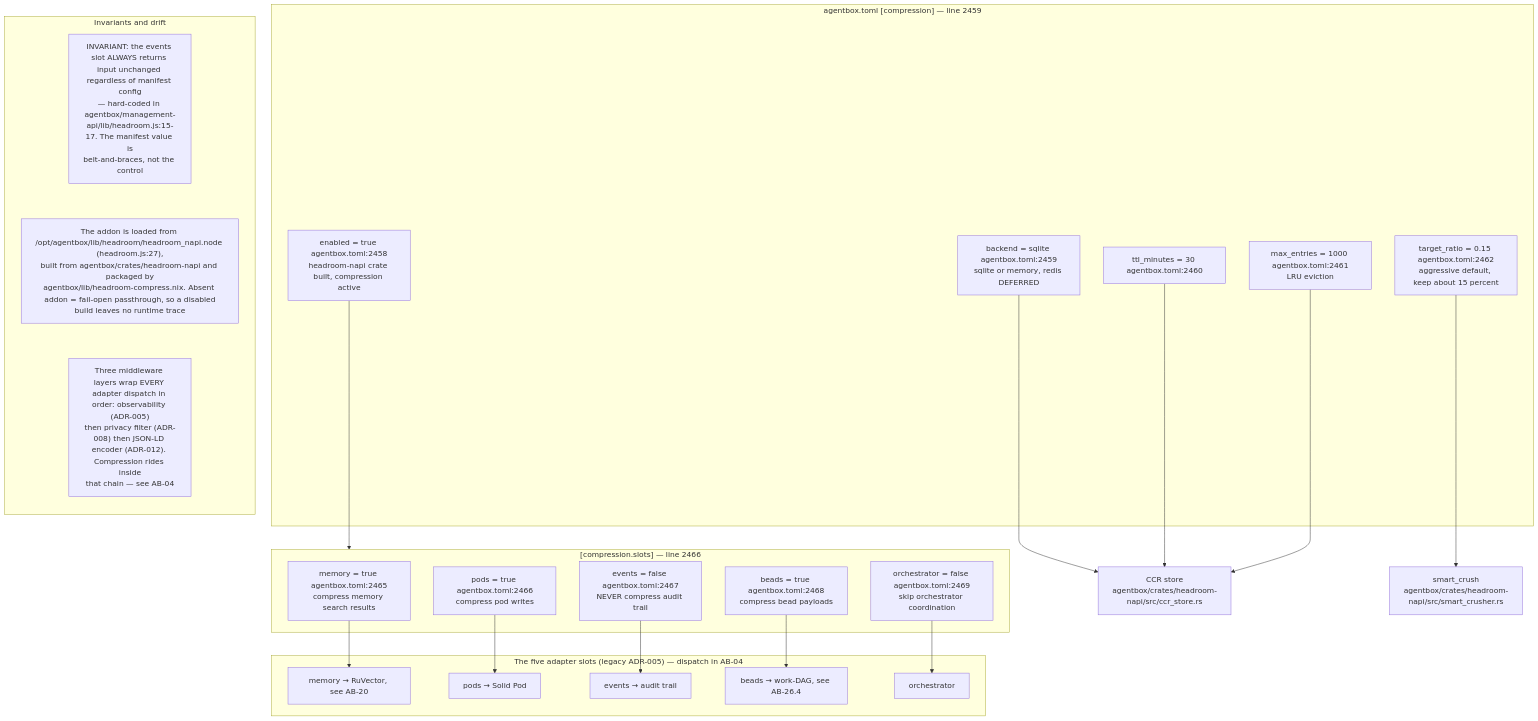
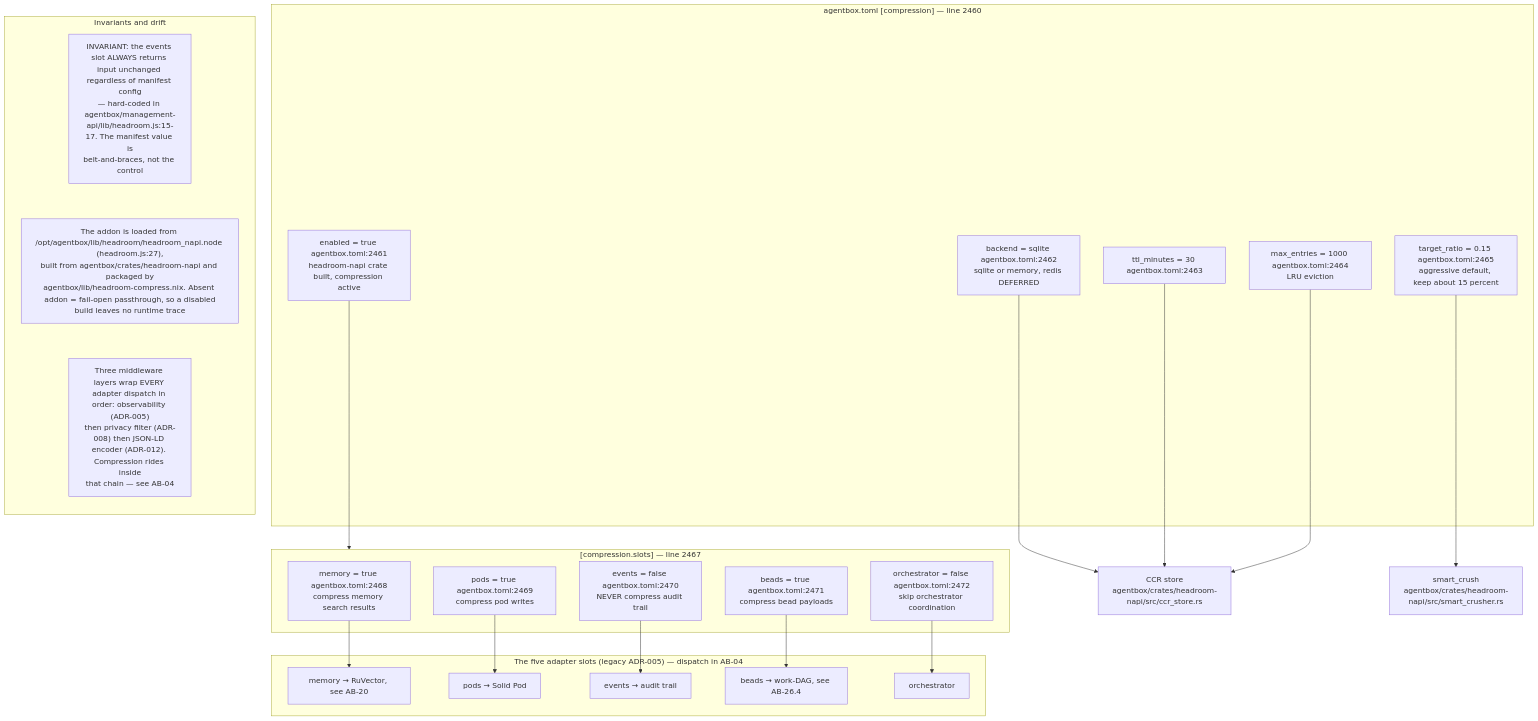
One commit to DreamLab-AI/VisionFlow changed the ninth of 9 diagrams in docs/diagrams/agentbox/26-headroom-beads-spawn-brain.md. Above: the diagram before and after it, drawn with Mermaid. The commit also changed other lines of this file and 142 other files, not shown here.

First line of the commit message:
docs(diagrams): one System One route; re-verify 140 topics at today's heads

````diff
--- a/docs/diagrams/agentbox/26-headroom-beads-spawn-brain.md
+++ b/docs/diagrams/agentbox/26-headroom-beads-spawn-brain.md
@@ -367,41 +368,41 @@
 ```mermaid
 flowchart TB
-    subgraph man["agentbox.toml [compression] — line 2459"]
-        E["enabled = true agentbox.toml:2458<br/>headroom-napi crate built, compression active"]
-        B["backend = sqlite agentbox.toml:2459<br/>sqlite or memory, redis DEFERRED"]
-        T["ttl_minutes = 30 agentbox.toml:2460"]
-        M["max_entries = 1000 agentbox.toml:2461<br/>LRU eviction"]
-        R["target_ratio = 0.15 agentbox.toml:2462<br/>aggressive default, keep about 15 percent"]
+    subgraph man["agentbox.toml [compression] — line 2460"]
+        E["enabled = true agentbox.toml:2461<br/>headroom-napi crate built, compression active"]
+        B["backend = sqlite agentbox.toml:2462<br/>sqlite or memory, redis DEFERRED"]
+        T["ttl_minutes = 30 agentbox.toml:2463"]
+        M["max_entries = 1000 agentbox.toml:2464<br/>LRU eviction"]
+        R["target_ratio = 0.15 agentbox.toml:2465<br/>aggressive default, keep about 15 percent"]
     end
-    subgraph slots["[compression.slots] — line 2466"]
-        S1["memory = true agentbox.toml:2465<br/>compress memory search results"]
-        S2["pods = true agentbox.toml:2466<br/>compress pod writes"]
-        S3["events = false agentbox.toml:2467<br/>NEVER compress audit trail"]
-        S4["beads = true agentbox.toml:2468<br/>compress bead payloads"]
-        S5["orchestrator = false agentbox.toml:2469<br/>skip orchestrator coordination"]
+    subgraph slots["[compression.slots] — line 2467"]
+        S1["memory = true agentbox.toml:2468<br/>compress memory search results"]
+        S2["pods = true agentbox.toml:2469<br/>compress pod writes"]
+        S3["events = false agentbox.toml:2470<br/>NEVER compress audit trail"]
+        S4["beads = true agentbox.toml:2471<br/>compress bead payloads"]
+        S5["orchestrator = false agentbox.toml:2472<br/>skip orchestrator coordination"]
     end
     subgraph adapters["The five adapter slots (legacy ADR-005) — dispatch in AB-04"]
         A1["memory → RuVector, see AB-20"]
         A2["pods → Solid Pod"]
         A3["events → audit trail"]
         A4["beads → work-DAG, see AB-26.4"]
         A5["orchestrator"]
     end
     E --> slots
     S1 --> A1
     S2 --> A2
     S3 --> A3
     S4 --> A4
     S5 --> A5
     B --> CCR["CCR store<br/>agentbox/crates/headroom-napi/src/ccr_store.rs"]
     T --> CCR
     M --> CCR
     R --> SC["smart_crush<br/>agentbox/crates/headroom-napi/src/smart_crusher.rs"]
     subgraph notes["Invariants and drift"]
         direction TB
         N1["INVARIANT: the events slot ALWAYS returns input unchanged regardless of manifest config<br/>— hard-coded in agentbox/management-api/lib/headroom.js:15-17. The manifest value is<br/>belt-and-braces, not the control"]
         N2["The addon is loaded from /opt/agentbox/lib/headroom/headroom_napi.node (headroom.js:27),<br/>built from agentbox/crates/headroom-napi and packaged by<br/>agentbox/lib/headroom-compress.nix. Absent addon = fail-open passthrough, so a disabled<br/>build leaves no runtime trace"]
         N3["Three middleware layers wrap EVERY adapter dispatch in order: observability (ADR-005)<br/>then privacy filter (ADR-008) then JSON-LD encoder (ADR-012). Compression rides inside<br/>that chain — see AB-04"]
         N1 ~~~ N2 ~~~ N3
     end
 ```
````
